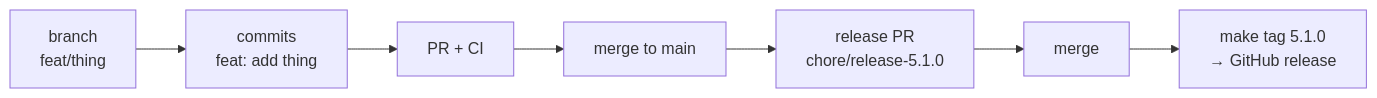
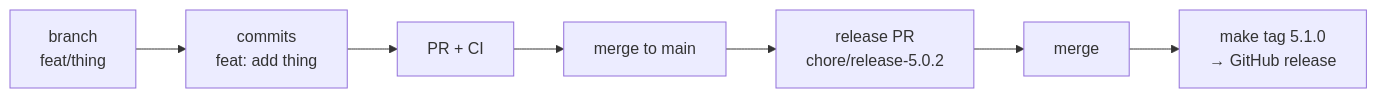
One commit to yii-starter-kit/yii2-starter-kit changed the diagram in docs/development-workflow.md. Above: the diagram before and after it, drawn with Mermaid. The commit also changed other lines of this file and 2 other files, not shown here.

````diff
--- a/docs/development-workflow.md
+++ b/docs/development-workflow.md
@@ -12,9 +56,9 @@
 ```mermaid
 flowchart LR
     A[branch<br/>feat/thing] --> B[commits<br/>feat: add thing]
     B --> C[PR + CI]
     C --> D[merge to main]
-    D --> E[release PR<br/>chore/release-5.1.0]
+    D --> E[release PR<br/>chore/release-5.0.2]
     E --> F[merge]
     F --> G[make tag 5.1.0<br/>→ GitHub release]
 ```
````
